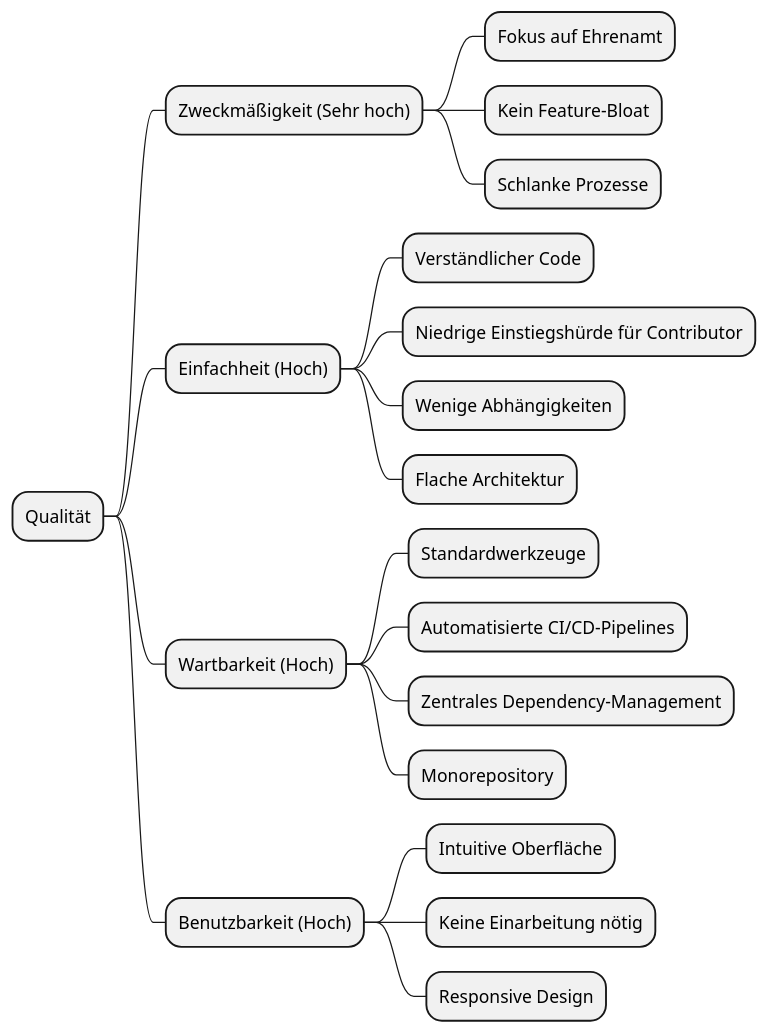
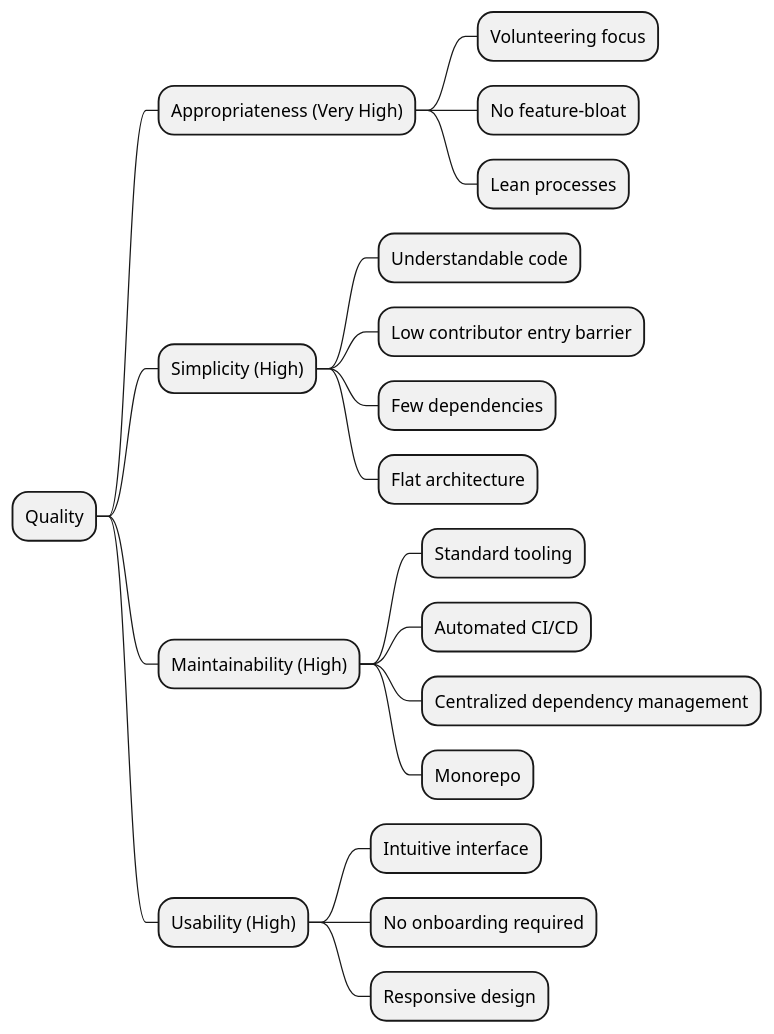
The diagram in docs/Architektur/images/quality-tree.puml (maik-hasler/einsatzbereit), drawn with PlantUML before and after one commit. The commit also changed 120 other files, not shown here.

```diff
--- a/docs/Architektur/images/quality-tree.puml
+++ b/docs/Architektur/images/quality-tree.puml
@@ -1,21 +1,21 @@
 @startmindmap
-* Qualität
-** Zweckmäßigkeit (Sehr hoch)
-*** Fokus auf Ehrenamt
-*** Kein Feature-Bloat
-*** Schlanke Prozesse
-** Einfachheit (Hoch)
-*** Verständlicher Code
-*** Niedrige Einstiegshürde für Contributor
-*** Wenige Abhängigkeiten
-*** Flache Architektur
-** Wartbarkeit (Hoch)
-*** Standardwerkzeuge
-*** Automatisierte CI/CD-Pipelines
-*** Zentrales Dependency-Management
-*** Monorepository
-** Benutzbarkeit (Hoch)
-*** Intuitive Oberfläche
-*** Keine Einarbeitung nötig
-*** Responsive Design
+* Quality
+** Appropriateness (Very High)
+*** Volunteering focus
+*** No feature-bloat
+*** Lean processes
+** Simplicity (High)
+*** Understandable code
+*** Low contributor entry barrier
+*** Few dependencies
+*** Flat architecture
+** Maintainability (High)
+*** Standard tooling
+*** Automated CI/CD
+*** Centralized dependency management
+*** Monorepo
+** Usability (High)
+*** Intuitive interface
+*** No onboarding required
+*** Responsive design
 @endmindmap
```
